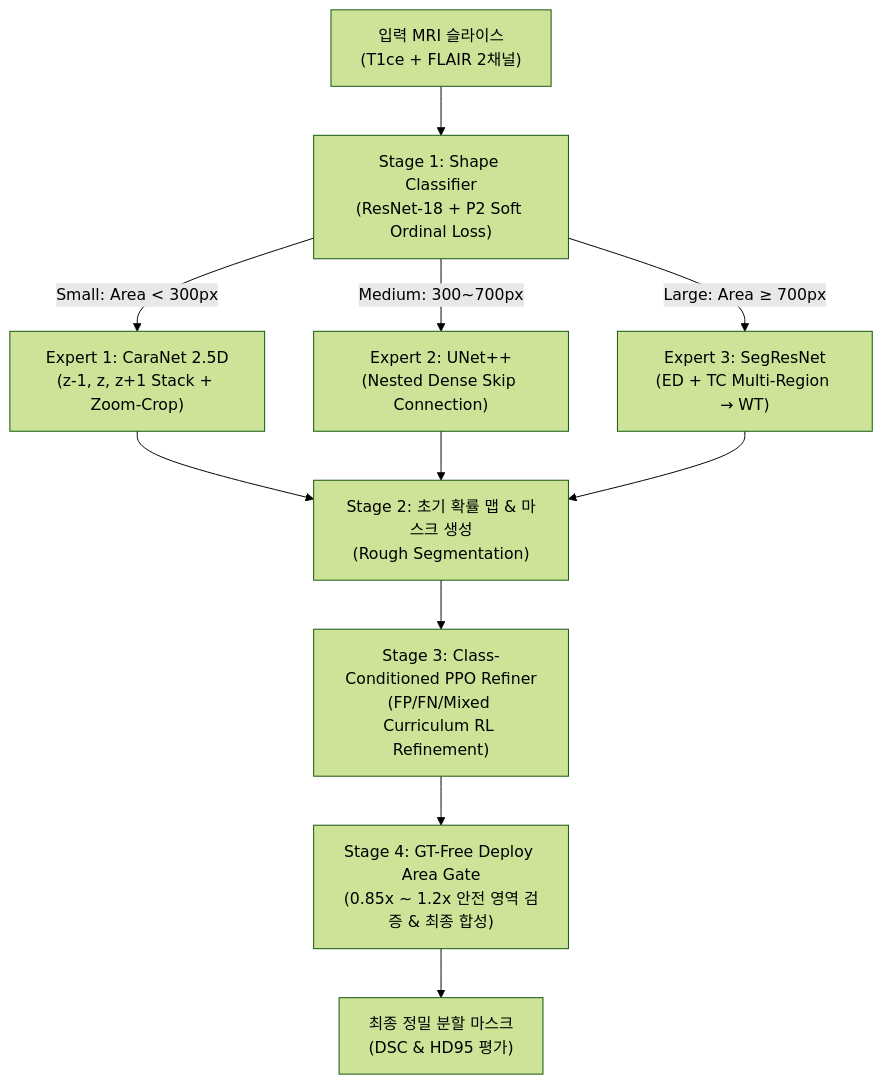
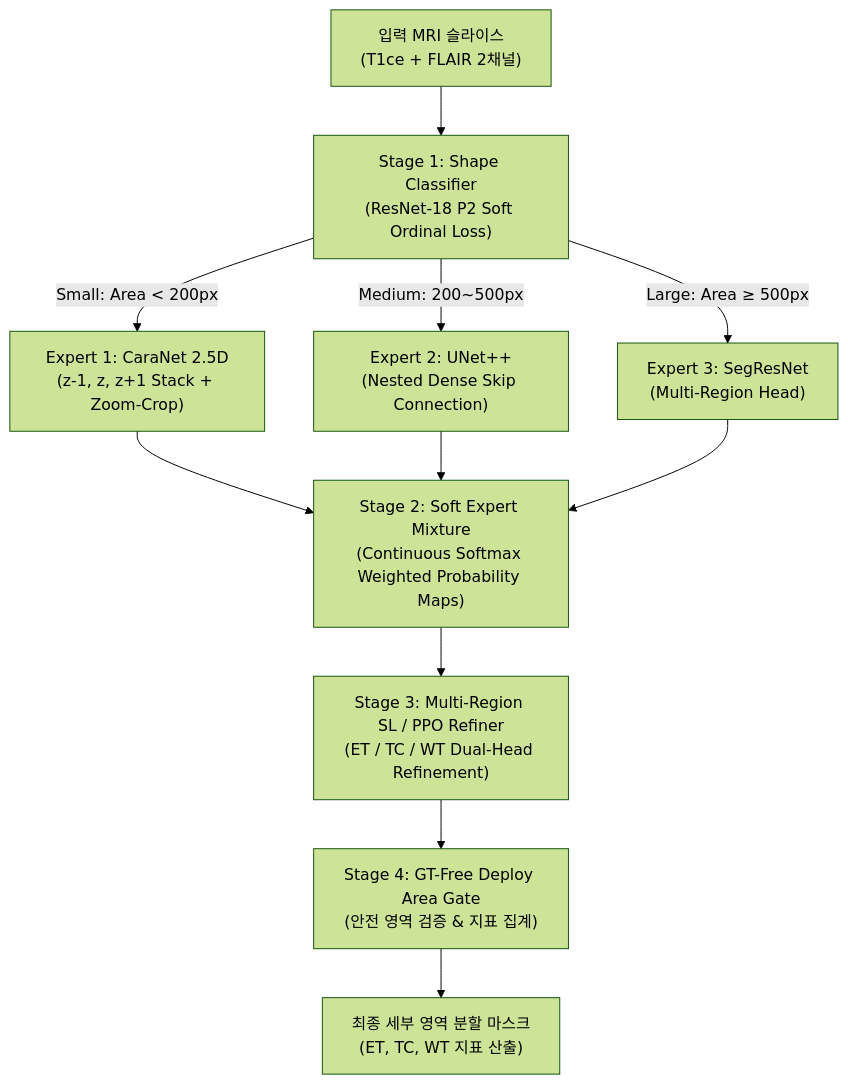
The diagram in PORTFOLIO.md (aninsung/2026-summer-Interdepartmental-Academic-Conference), drawn with Mermaid (forest theme) before and after one commit. The commit also changed other lines of this file and 39 other files, not shown here.

````diff
--- a/PORTFOLIO.md
+++ b/PORTFOLIO.md
@@ -33,18 +33,18 @@
 ```mermaid
 flowchart TD
-    In["입력 MRI 슬라이스\n(T1ce + FLAIR 2채널)"] --> S1["Stage 1: Shape Classifier\n(ResNet-18 + P2 Soft Ordinal Loss)"]
+    In["입력 MRI 슬라이스\n(T1ce + FLAIR 2채널)"] --> S1["Stage 1: Shape Classifier\n(ResNet-18 P2 Soft Ordinal Loss)"]
     
-    S1 -->|Small: Area < 300px| E1["Expert 1: CaraNet 2.5D\n(z-1, z, z+1 Stack + Zoom-Crop)"]
-    S1 -->|Medium: 300~700px| E2["Expert 2: UNet++\n(Nested Dense Skip Connection)"]
-    S1 -->|Large: Area ≥ 700px| E3["Expert 3: SegResNet\n(ED + TC Multi-Region → WT)"]
+    S1 -->|Small: Area < 200px| E1["Expert 1: CaraNet 2.5D\n(z-1, z, z+1 Stack + Zoom-Crop)"]
+    S1 -->|Medium: 200~500px| E2["Expert 2: UNet++\n(Nested Dense Skip Connection)"]
+    S1 -->|Large: Area ≥ 500px| E3["Expert 3: SegResNet\n(Multi-Region Head)"]
     
-    E1 --> R["Stage 2: 초기 확률 맵 & 마스크 생성\n(Rough Segmentation)"]
+    E1 --> R["Stage 2: Soft Expert Mixture\n(Continuous Softmax Weighted Probability Maps)"]
     E2 --> R
     E3 --> R
     
-    R --> S3["Stage 3: Class-Conditioned PPO Refiner\n(FP/FN/Mixed Curriculum RL Refinement)"]
+    R --> S3["Stage 3: Multi-Region SL / PPO Refiner\n(ET / TC / WT Dual-Head Refinement)"]
     
-    S3 --> S4["Stage 4: GT-Free Deploy Area Gate\n(0.85x ~ 1.2x 안전 영역 검증 & 최종 합성)"]
+    S3 --> S4["Stage 4: GT-Free Deploy Area Gate\n(안전 영역 검증 & 지표 집계)"]
     
-    S4 --> Out["최종 정밀 분할 마스크\n(DSC & HD95 평가)"]
+    S4 --> Out["최종 세부 영역 분할 마스크\n(ET, TC, WT 지표 산출)"]
 ```
````
